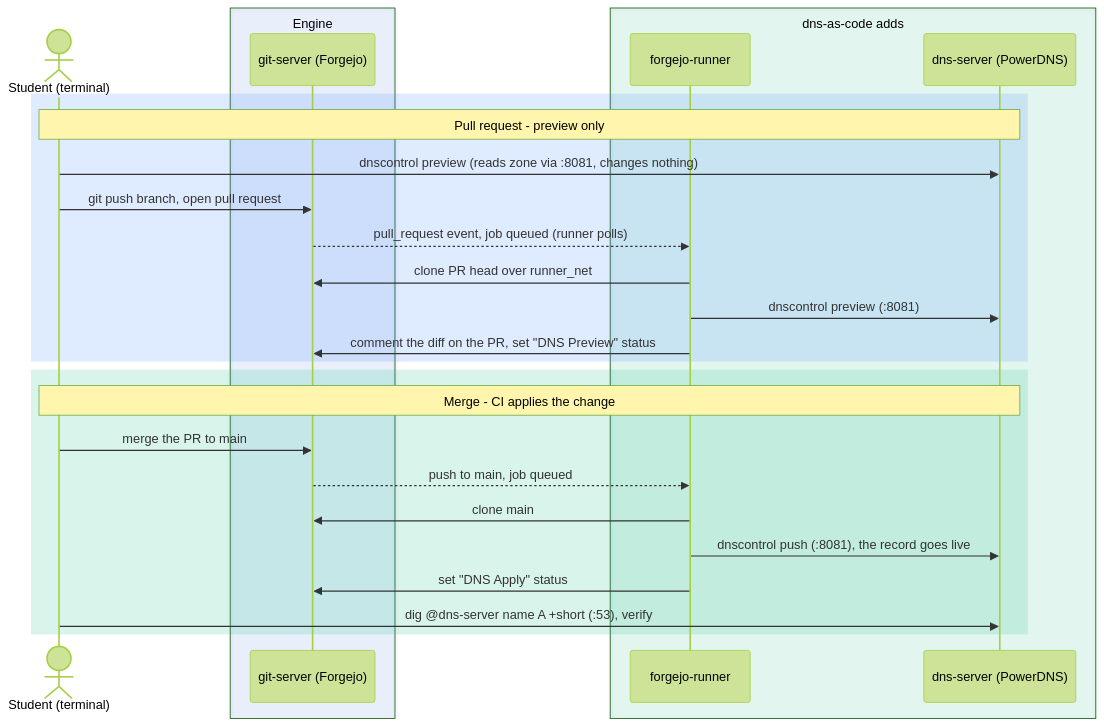
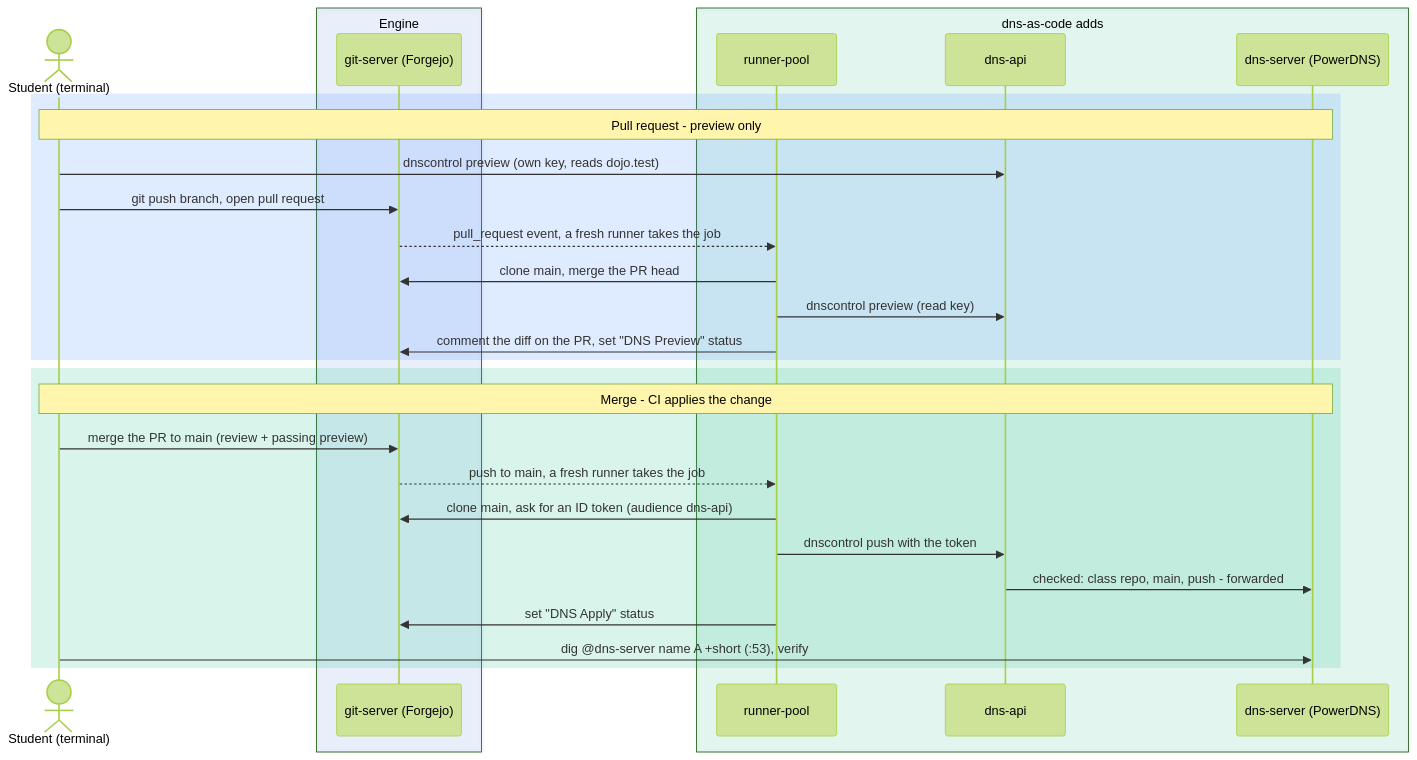
The sixth of 14 diagrams in README.md (fiddler110/GitOps_Dojo), drawn with Mermaid (forest theme) before and after one commit. The commit also changed other lines of this file and 40 other files, not shown here.

````diff
--- a/README.md
+++ b/README.md
@@ -398,31 +402,33 @@
 ```mermaid
 sequenceDiagram
     actor S as Student (terminal)
     box rgba(59,130,246,0.1) Engine
     participant GS as git-server (Forgejo)
     end
     box rgba(16,185,129,0.1) dns-as-code adds
-    participant RN as forgejo-runner
+    participant RN as runner-pool
+    participant API as dns-api
     participant DNS as dns-server (PowerDNS)
     end
 
     rect rgba(59,130,246,0.16)
     Note over S,DNS: Pull request - preview only
-    S->>DNS: dnscontrol preview (reads zone via :8081, changes nothing)
+    S->>API: dnscontrol preview (own key, reads dojo.test)
     S->>GS: git push branch, open pull request
-    GS-->>RN: pull_request event, job queued (runner polls)
-    RN->>GS: clone PR head over runner_net
-    RN->>DNS: dnscontrol preview (:8081)
+    GS-->>RN: pull_request event, a fresh runner takes the job
+    RN->>GS: clone main, merge the PR head
+    RN->>API: dnscontrol preview (read key)
     RN->>GS: comment the diff on the PR, set "DNS Preview" status
     end
 
     rect rgba(16,185,129,0.16)
     Note over S,DNS: Merge - CI applies the change
-    S->>GS: merge the PR to main
-    GS-->>RN: push to main, job queued
-    RN->>GS: clone main
-    RN->>DNS: dnscontrol push (:8081), the record goes live
+    S->>GS: merge the PR to main (review + passing preview)
+    GS-->>RN: push to main, a fresh runner takes the job
+    RN->>GS: clone main, ask for an ID token (audience dns-api)
+    RN->>API: dnscontrol push with the token
+    API->>DNS: checked: class repo, main, push - forwarded
     RN->>GS: set "DNS Apply" status
     S->>DNS: dig @dns-server name A +short (:53), verify
     end
 ```
````
